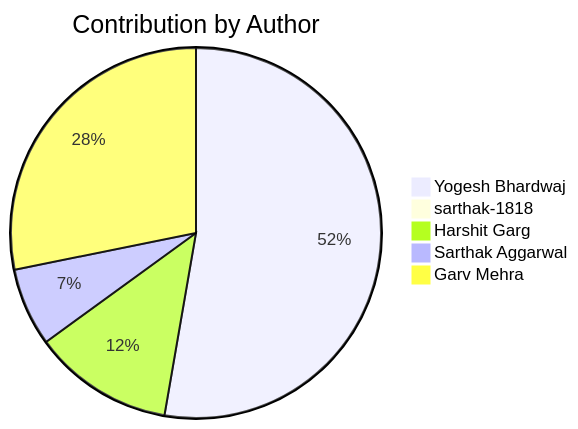
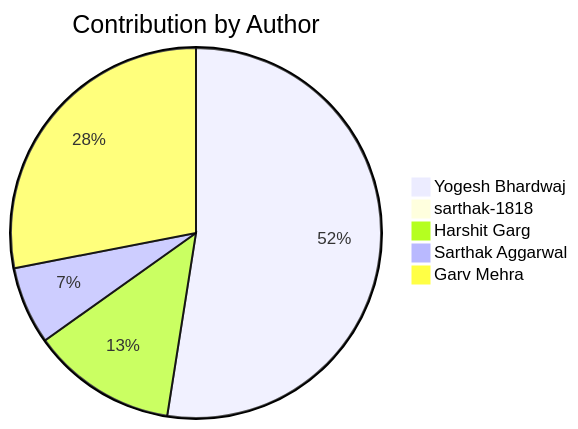
Before and after one commit to Yogesh-Bhardwaj-hue/Scm-Final_2.0: the second of 2 diagrams in README.md, drawn with Mermaid. The commit also changed other lines of this file, not shown here.

Commit message:
Update contribution charts

````diff
--- a/README.md
+++ b/README.md
@@ -190,8 +190,8 @@
 ```mermaid
 pie title Contribution by Author
     "Yogesh Bhardwaj": 116
-    "sarthak-1818": 1
-    "Harshit Garg": 27
+    "sarthak-1818": 2
+    "Harshit Garg": 28
     "Sarthak Aggarwal": 15
     "Garv Mehra": 62
 ```
````
